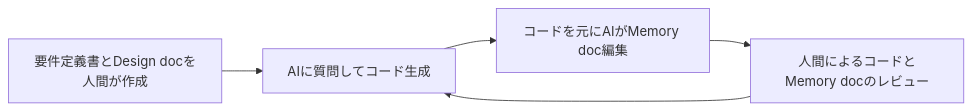
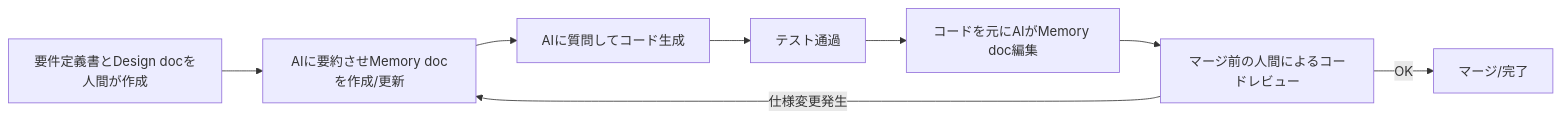
The diagram in articles/agile-spec-driven-development.md (hidao80/zenn-articles), drawn with Mermaid before and after one commit. The commit also changed other lines of this file, not shown here.

````diff
--- a/articles/agile-spec-driven-development.md
+++ b/articles/agile-spec-driven-development.md
@@ -49,8 +51,11 @@
 ```mermaid
 flowchart LR
     A[要件定義書とDesign docを人間が作成]
-    A --> C[AIに質問してコード生成]
-    C --> D[コードを元にAIがMemory doc編集]
-    D --> E[人間によるコードとMemory docのレビュー]
-    E --> C
+    A --> B[AIに要約させMemory docを作成/更新]
+    B --> C[AIに質問してコード生成]
+    C --> D[テスト通過]
+    D --> E[コードを元にAIがMemory doc編集]
+    E --> F[マージ前の人間によるコードレビュー]
+    F -- OK --> G[マージ/完了]
+    F -- 仕様変更発生 --> B
 ```
````
